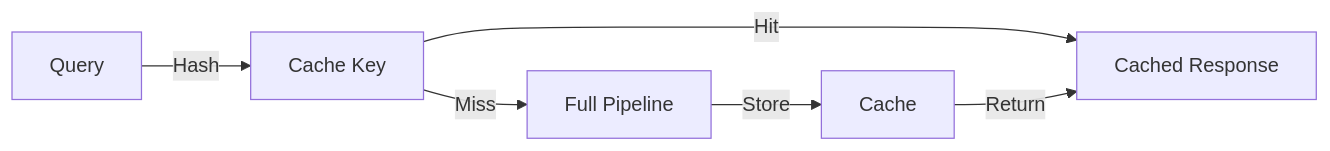
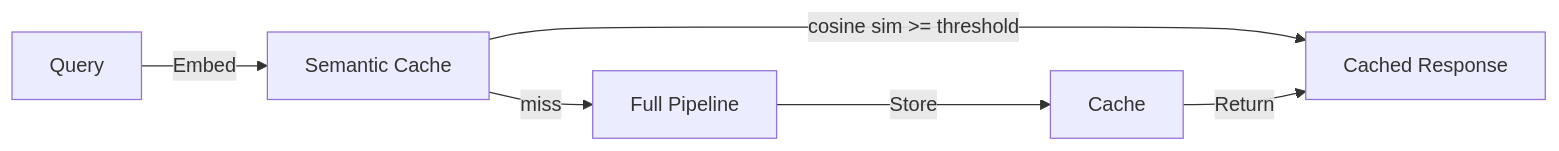
Before and after one commit to Daksh1308-AI-ML/Production-RAG-with-Eval-Pipeline: the seventh of 11 diagrams in SYSTEM_ARCHITECTURE.md, drawn with Mermaid. The commit also changed other lines of this file and 16 other files, not shown here.

Commit message:
Phase 2: multi-tenant payload filtering, incremental ingestion, semantic cache, FastAPI gateway

````diff
--- a/SYSTEM_ARCHITECTURE.md
+++ b/SYSTEM_ARCHITECTURE.md
@@ -236,8 +236,8 @@
 ```mermaid
 graph LR
-    A[Query] -->|Hash| B[Cache Key]
-    B -->|Hit| C[Cached Response]
-    B -->|Miss| D[Full Pipeline]
+    A[Query] -->|Embed| SC[Semantic Cache]
+    SC -->|cosine sim >= threshold| C[Cached Response]
+    SC -->|miss| D[Full Pipeline]
     D -->|Store| E[Cache]
     E -->|Return| C
 ```
````
